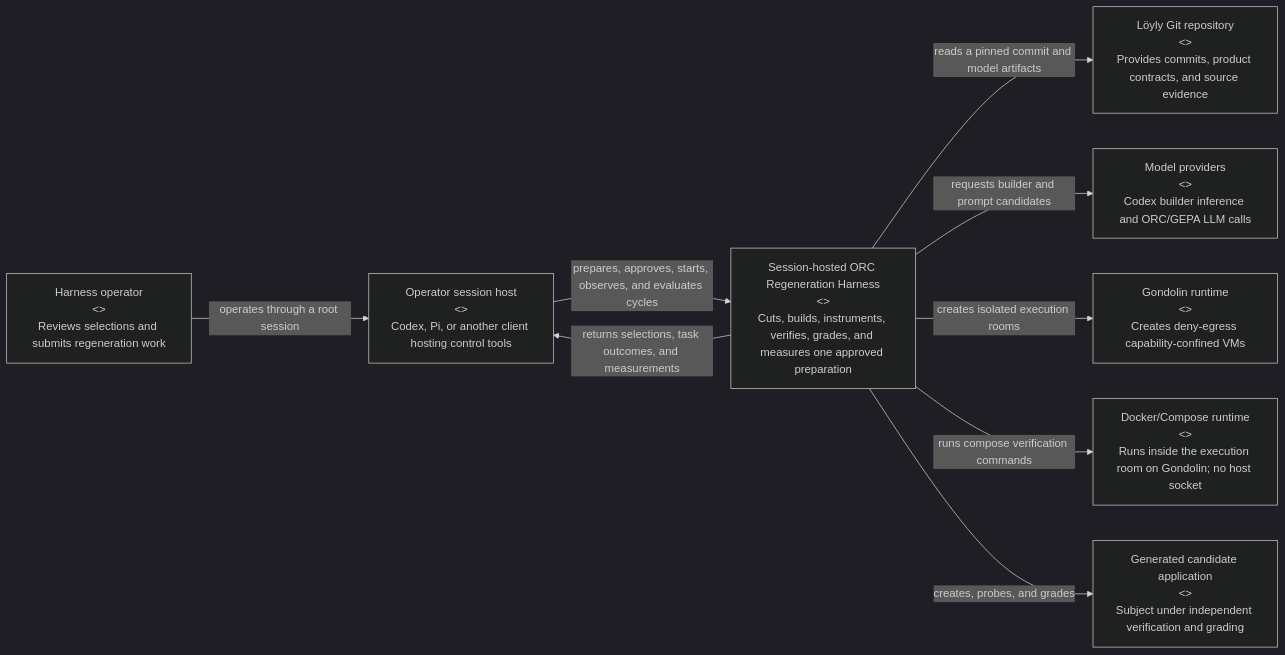
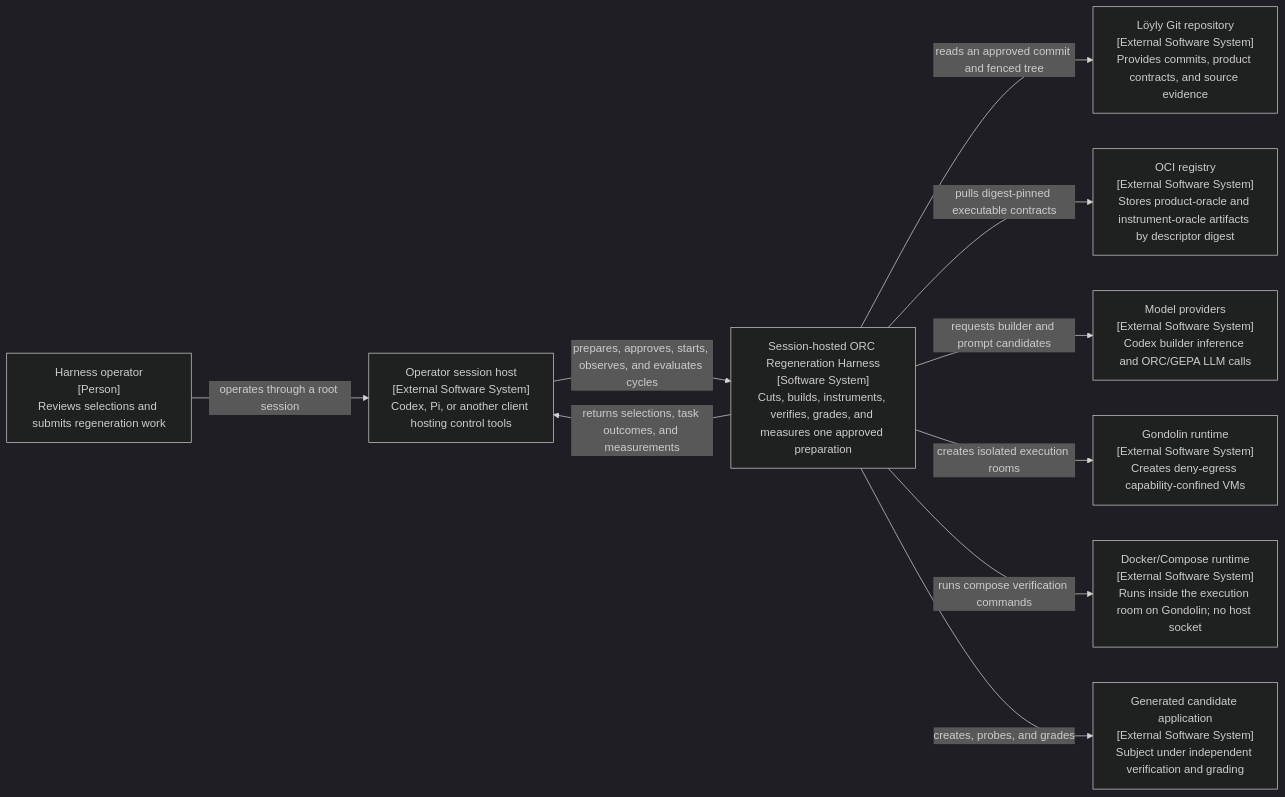
The first of 8 diagrams in .pi/architecture.md (scope-impact/loyly), drawn with Mermaid (dark theme) before and after one commit. The commit also changed other lines of this file and 1 other file, not shown here.

Commit message:
docs(pi-harness): regenerate C4 architecture views

````diff
--- a/.pi/architecture.md
+++ b/.pi/architecture.md
@@ -31,21 +37,23 @@
 ```mermaid
 flowchart LR
-    operator["Harness operator<br/><<Person>><br/>Reviews selections and submits regeneration work"]
-    pi["Operator session host<br/><<External Software System>><br/>Codex, Pi, or another client hosting control tools"]
-    source["Löyly Git repository<br/><<External Software System>><br/>Provides commits, product contracts, and source evidence"]
-    models["Model providers<br/><<External Software System>><br/>Codex builder inference and ORC/GEPA LLM calls"]
-    gondolin["Gondolin runtime<br/><<External Software System>><br/>Creates deny-egress capability-confined VMs"]
-    compose["Docker/Compose runtime<br/><<External Software System>><br/>Runs inside the execution room on Gondolin; no host socket"]
-    candidate["Generated candidate application<br/><<External Software System>><br/>Subject under independent verification and grading"]
+    operator["Harness operator<br/>[Person]<br/>Reviews selections and submits regeneration work"]
+    pi["Operator session host<br/>[External Software System]<br/>Codex, Pi, or another client hosting control tools"]
+    source["Löyly Git repository<br/>[External Software System]<br/>Provides commits, product contracts, and source evidence"]
+    registry["OCI registry<br/>[External Software System]<br/>Stores product-oracle and instrument-oracle artifacts by descriptor digest"]
+    models["Model providers<br/>[External Software System]<br/>Codex builder inference and ORC/GEPA LLM calls"]
+    gondolin["Gondolin runtime<br/>[External Software System]<br/>Creates deny-egress capability-confined VMs"]
+    compose["Docker/Compose runtime<br/>[External Software System]<br/>Runs inside the execution room on Gondolin; no host socket"]
+    candidate["Generated candidate application<br/>[External Software System]<br/>Subject under independent verification and grading"]
 
-    harness["Session-hosted ORC Regeneration Harness<br/><<Software System>><br/>Cuts, builds, instruments, verifies, grades, and measures one approved preparation"]
+    harness["Session-hosted ORC Regeneration Harness<br/>[Software System]<br/>Cuts, builds, instruments, verifies, grades, and measures one approved preparation"]
 
     operator -->|"operates through a root session"| pi
     pi -->|"prepares, approves, starts, observes, and evaluates cycles"| harness
-    harness -->|"reads a pinned commit and model artifacts"| source
+    harness -->|"reads an approved commit and fenced tree"| source
+    harness -->|"pulls digest-pinned executable contracts"| registry
     harness -->|"requests builder and prompt candidates"| models
     harness -->|"creates isolated execution rooms"| gondolin
     harness -->|"runs compose verification commands"| compose
     harness -->|"creates, probes, and grades"| candidate
     harness -->|"returns selections, task outcomes, and measurements"| pi
 ```
````
